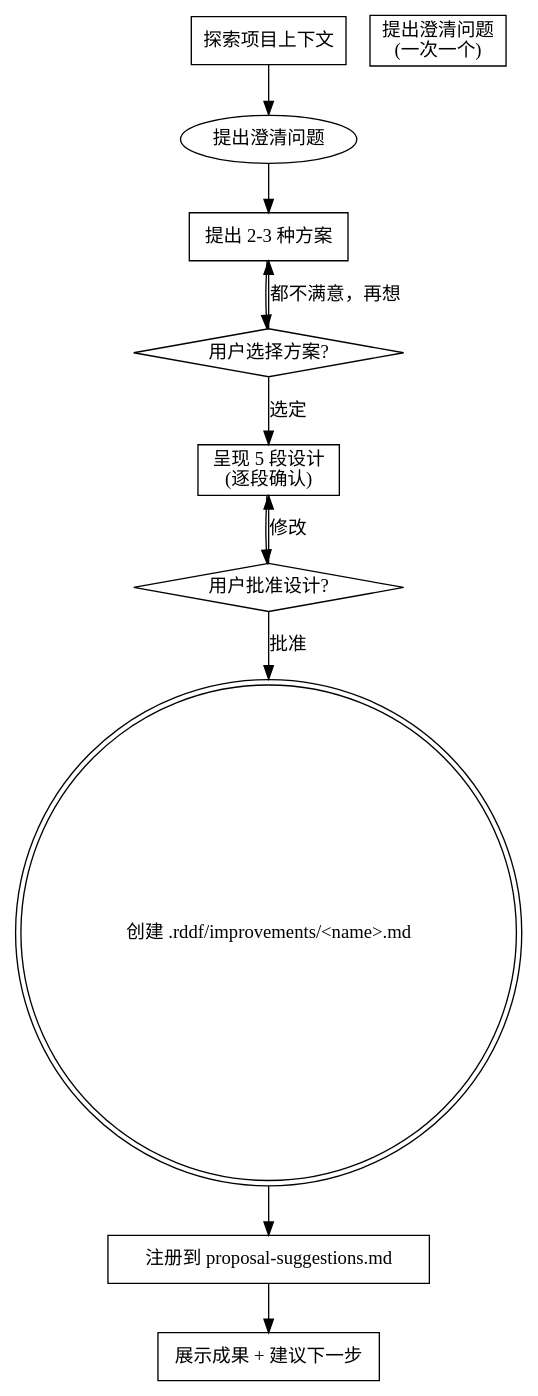
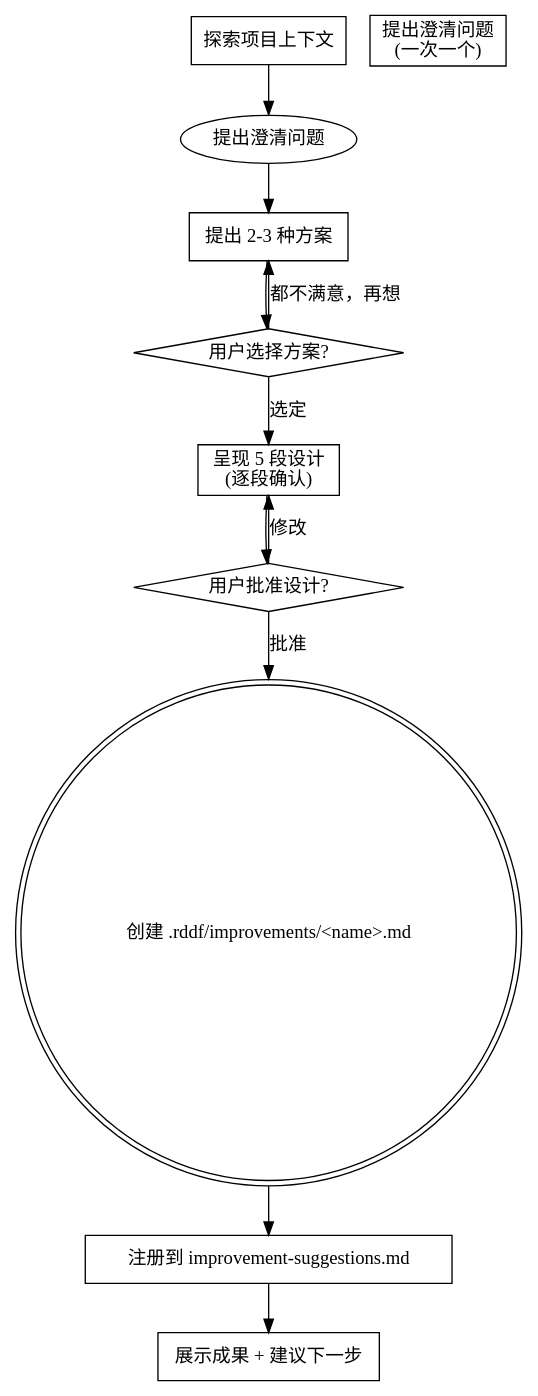
Before and after one commit to chisuhua/rdd-workflow: the diagram in skills/rdd-workflow-brainstorm/SKILL.md, drawn with Graphviz. The commit also changed other lines of this file and 174 other files, not shown here.

First line of the commit message:
refactor(naming): rename proposal-{suggestions,approved} to improvement-*

````diff
--- a/skills/rdd-workflow-brainstorm/SKILL.md
+++ b/skills/rdd-workflow-brainstorm/SKILL.md
@@ -46,24 +46,24 @@
 ```dot
 digraph rdd_brainstorm {
     "探索项目上下文" [shape=box];
     "提出澄清问题\n(一次一个)" [shape=box];
     "提出 2-3 种方案" [shape=box];
     "用户选择方案?" [shape=diamond];
     "呈现 5 段设计\n(逐段确认)" [shape=box];
     "用户批准设计?" [shape=diamond];
     "创建 .rddf/improvements/<name>.md" [shape=doublecircle];
-    "注册到 proposal-suggestions.md" [shape=box];
+    "注册到 improvement-suggestions.md" [shape=box];
     "展示成果 + 建议下一步" [shape=box];
 
     "探索项目上下文" -> "提出澄清问题";
     "提出澄清问题" -> "提出 2-3 种方案";
     "提出 2-3 种方案" -> "用户选择方案?";
     "用户选择方案?" -> "提出 2-3 种方案" [label="都不满意，再想"];
     "用户选择方案?" -> "呈现 5 段设计\n(逐段确认)" [label="选定"];
     "呈现 5 段设计\n(逐段确认)" -> "用户批准设计?";
     "用户批准设计?" -> "呈现 5 段设计\n(逐段确认)" [label="修改"];
     "用户批准设计?" -> "创建 .rddf/improvements/<name>.md" [label="批准"];
-    "创建 .rddf/improvements/<name>.md" -> "注册到 proposal-suggestions.md";
-    "注册到 proposal-suggestions.md" -> "展示成果 + 建议下一步";
+    "创建 .rddf/improvements/<name>.md" -> "注册到 improvement-suggestions.md";
+    "注册到 improvement-suggestions.md" -> "展示成果 + 建议下一步";
 }
 ```
````
